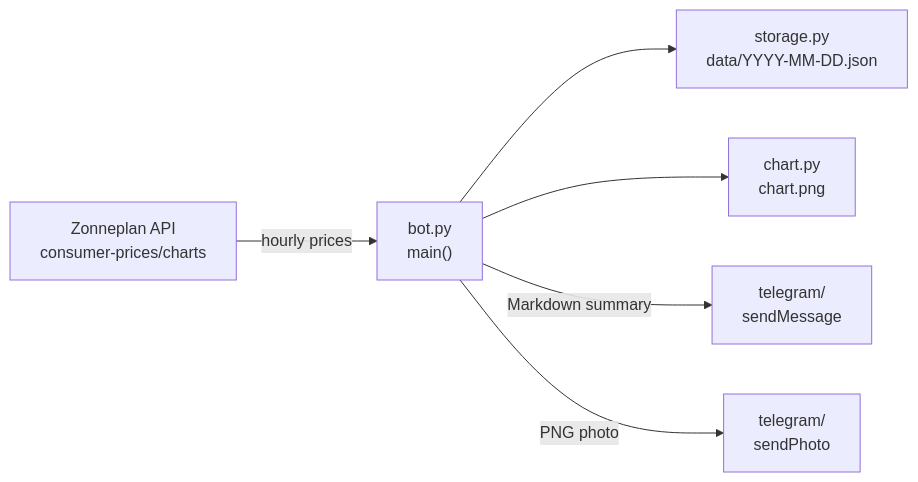
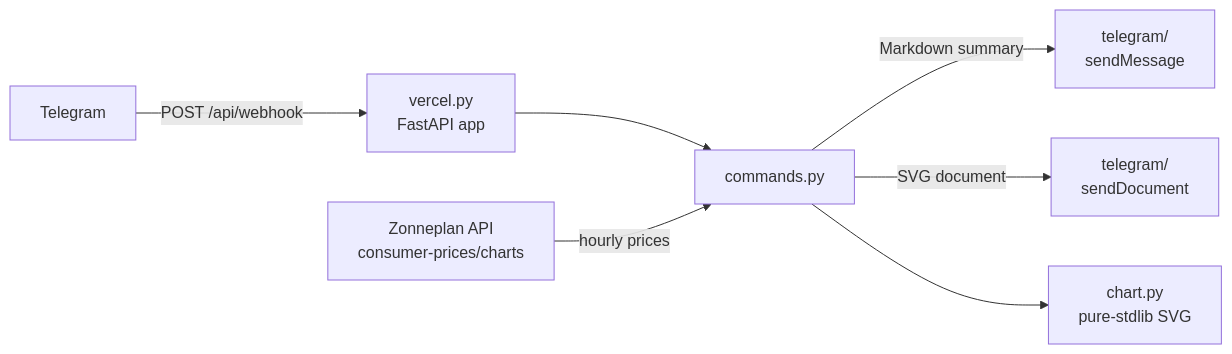
Before and after one commit to Crissal1995/zonneplan-telegram: the diagram in README.md, drawn with Mermaid. The commit also changed other lines of this file and 13 other files, not shown here.

````diff
--- a/README.md
+++ b/README.md
@@ -9,8 +20,9 @@
 ```mermaid
 flowchart LR
-    A["Zonneplan API<br/>consumer-prices/charts"] -->|hourly prices| B["bot.py<br/>main()"]
-    B --> C["storage.py<br/>data/YYYY-MM-DD.json"]
-    B --> D["chart.py<br/>chart.png"]
+    T["Telegram"] -->|"POST /api/webhook"| V["vercel.py<br/>FastAPI app"]
+    V --> B["commands.py"]
+    A["Zonneplan API<br/>consumer-prices/charts"] -->|hourly prices| B
     B -->|Markdown summary| E["telegram/<br/>sendMessage"]
-    B -->|PNG photo| F["telegram/<br/>sendPhoto"]
+    B -->|SVG document| F["telegram/<br/>sendDocument"]
+    B --> D["chart.py<br/>pure-stdlib SVG"]
 ```
````
